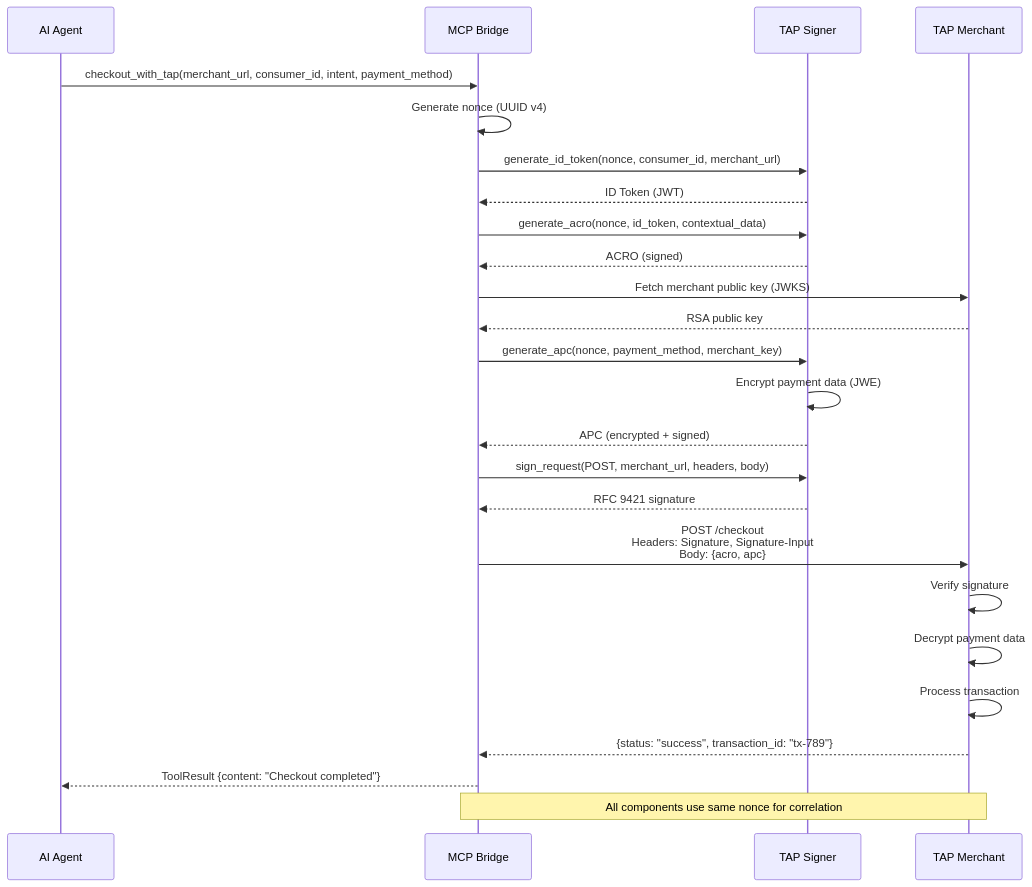
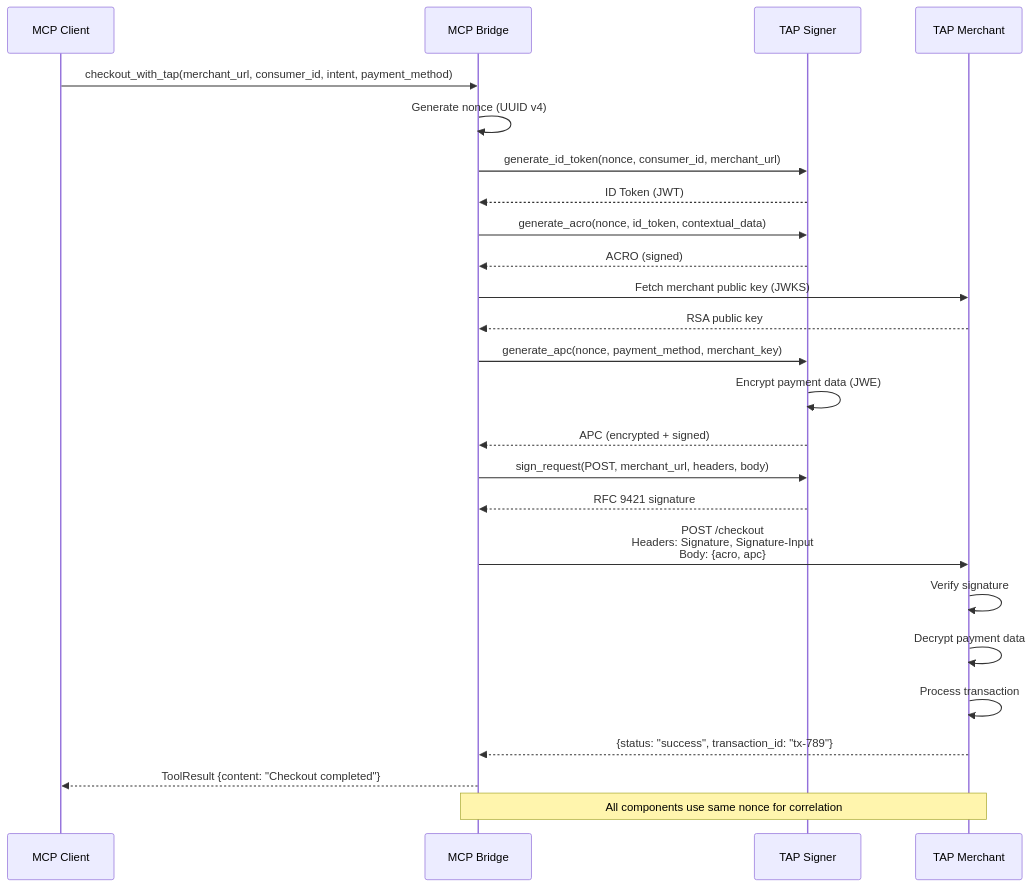
The second of 3 diagrams in docs/MCP_INTEGRATION.md (bug-ops/tap-mcp-bridge), drawn with Mermaid before and after one commit. The commit also changed other lines of this file and 3 other files, not shown here.

````diff
--- a/docs/MCP_INTEGRATION.md
+++ b/docs/MCP_INTEGRATION.md
@@ -132,36 +132,36 @@
 ```mermaid
 sequenceDiagram
-    participant Agent as AI Agent
+    participant Agent as MCP Client
     participant Bridge as MCP Bridge
     participant TAP as TAP Signer
     participant Merchant as TAP Merchant
 
     Agent->>Bridge: checkout_with_tap(merchant_url, consumer_id, intent, payment_method)
 
     Bridge->>Bridge: Generate nonce (UUID v4)
     Bridge->>TAP: generate_id_token(nonce, consumer_id, merchant_url)
     TAP-->>Bridge: ID Token (JWT)
 
     Bridge->>TAP: generate_acro(nonce, id_token, contextual_data)
     TAP-->>Bridge: ACRO (signed)
 
     Bridge->>Merchant: Fetch merchant public key (JWKS)
     Merchant-->>Bridge: RSA public key
 
     Bridge->>TAP: generate_apc(nonce, payment_method, merchant_key)
     TAP->>TAP: Encrypt payment data (JWE)
     TAP-->>Bridge: APC (encrypted + signed)
 
     Bridge->>TAP: sign_request(POST, merchant_url, headers, body)
     TAP-->>Bridge: RFC 9421 signature
 
     Bridge->>Merchant: POST /checkout<br/>Headers: Signature, Signature-Input<br/>Body: {acro, apc}
     Merchant->>Merchant: Verify signature
     Merchant->>Merchant: Decrypt payment data
     Merchant->>Merchant: Process transaction
     Merchant-->>Bridge: {status: "success", transaction_id: "tx-789"}
 
     Bridge-->>Agent: ToolResult {content: "Checkout completed"}
 
     Note over Bridge,Merchant: All components use same nonce for correlation
 ```
````
